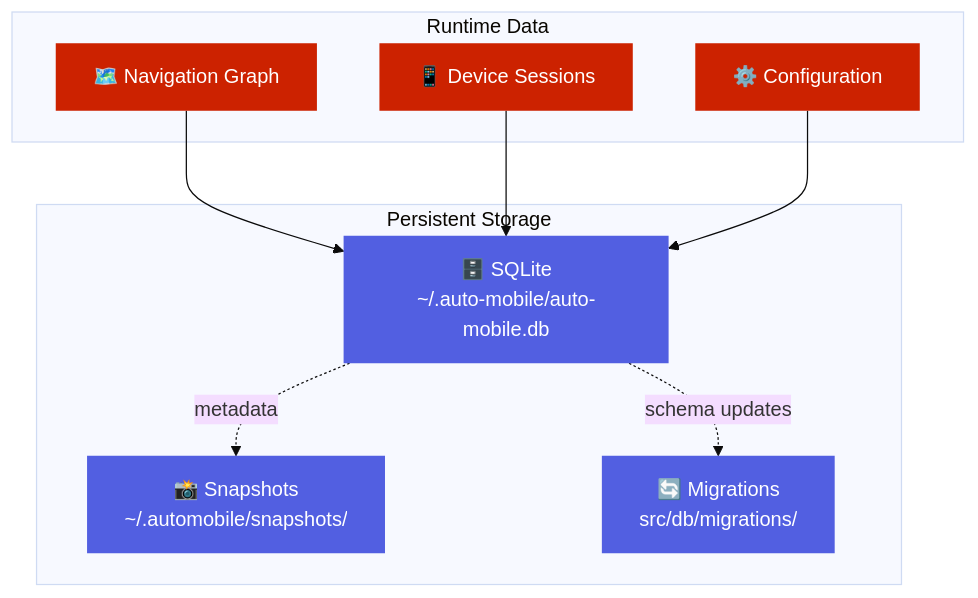
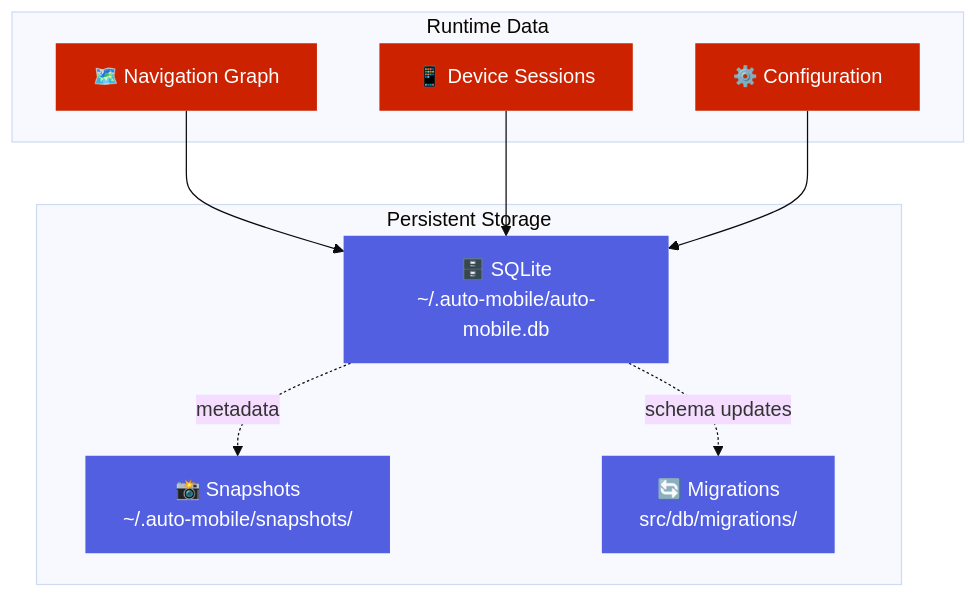
One commit to kaeawc/auto-mobile changed the first of 2 diagrams in docs/design-docs/mcp/storage/index.md. Above: the diagram before and after it, drawn with Mermaid (base theme). The commit also changed other lines of this file and 2 other files, not shown here.

Commit message:
docs(snapshot): align storage paths ([#5706](https://github.com/kaeawc/auto-mobile/issues/5706))

````diff
--- a/docs/design-docs/mcp/storage/index.md
+++ b/docs/design-docs/mcp/storage/index.md
@@ -9,26 +9,26 @@
 ```mermaid
 flowchart TB
     subgraph Runtime["Runtime Data"]
         NavGraph["🗺️ Navigation Graph"]
         Sessions["📱 Device Sessions"]
         Config["⚙️ Configuration"]
     end
 
     subgraph Storage["Persistent Storage"]
         SQLite["🗄️ SQLite<br/>~/.auto-mobile/auto-mobile.db"]
-        Snapshots["📸 Snapshots<br/>~/.automobile/snapshots/"]
+        Snapshots["📸 Snapshots<br/>~/.auto-mobile/snapshots/"]
         Migrations["🔄 Migrations<br/>src/db/migrations/"]
     end
 
     NavGraph --> SQLite
     Sessions --> SQLite
     Config --> SQLite
     SQLite -.->|"schema updates"| Migrations
     SQLite -.->|"metadata"| Snapshots
 
     classDef runtime fill:#CC2200,stroke-width:0px,color:white;
     classDef storage fill:#525FE1,stroke-width:0px,color:white;
 
     class NavGraph,Sessions,Config runtime;
     class SQLite,Snapshots,Migrations storage;
 ```
````
